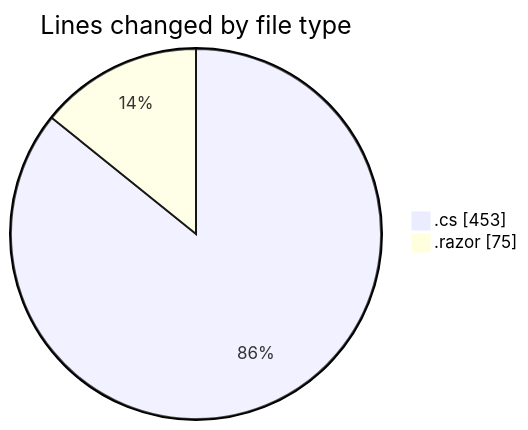
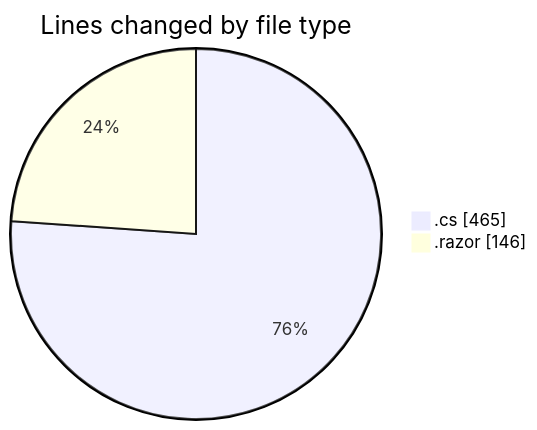
The first of 2 diagrams in 2025-03-30/front-end/README.md (Netris89/code-tracking), drawn with Mermaid before and after one commit. The commit also changed other lines of this file and 1 other file, not shown here.

````diff
--- a/2025-03-30/front-end/README.md
+++ b/2025-03-30/front-end/README.md
@@ -25,6 +25,6 @@
 ```mermaid
 pie showData
 title Lines changed by file type
-".cs" : 453
-".razor" : 75
+".cs" : 465
+".razor" : 146
 ```
````
